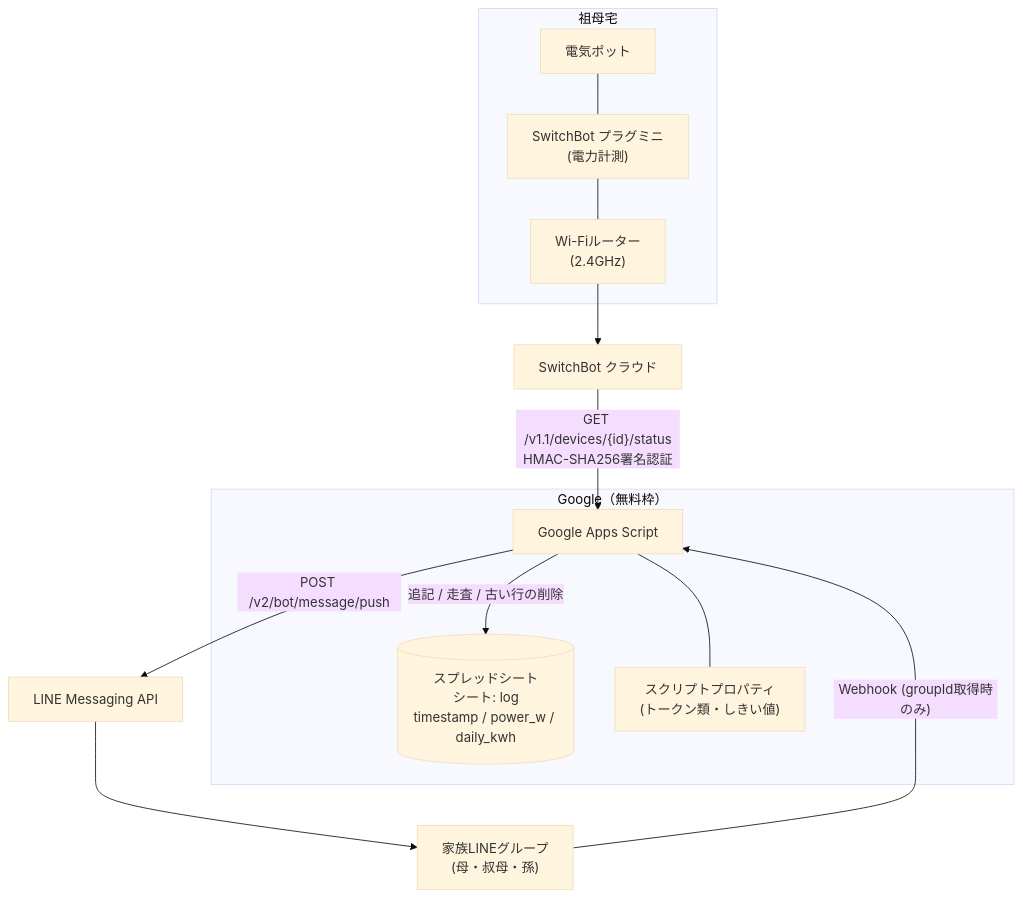
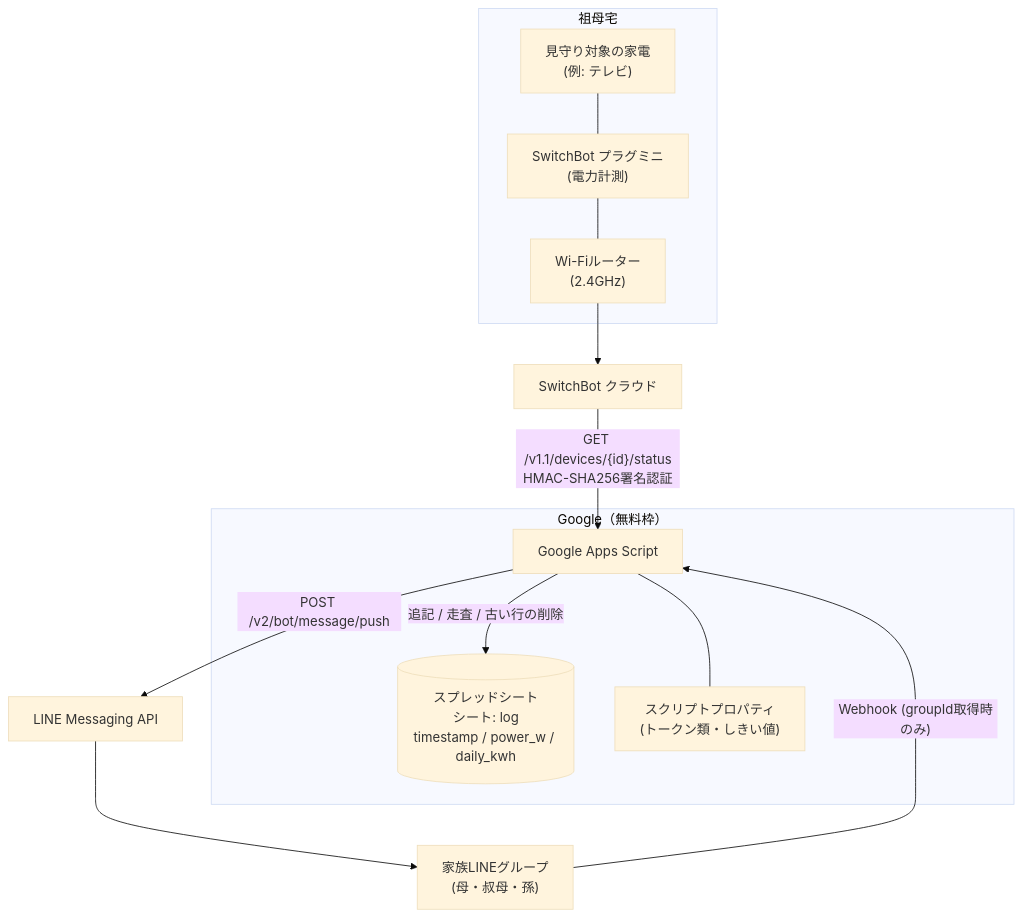
The first of 4 diagrams in docs/architecture.md (yomogi-cat/hamuiru), drawn with Mermaid (base theme) before and after one commit. The commit also changed other lines of this file and 5 other files, not shown here.

````diff
--- a/docs/architecture.md
+++ b/docs/architecture.md
@@ -5,22 +5,22 @@
 ```mermaid
 flowchart TD
     subgraph home["祖母宅"]
-        pot["電気ポット"] --- plug["SwitchBot プラグミニ<br>(電力計測)"]
+        pot["見守り対象の家電<br>(例: テレビ)"] --- plug["SwitchBot プラグミニ<br>(電力計測)"]
         plug --- router["Wi-Fiルーター<br>(2.4GHz)"]
     end
 
     router --> sbcloud["SwitchBot クラウド"]
 
     subgraph gcp["Google（無料枠）"]
         gas["Google Apps Script"]
         sheet[("スプレッドシート<br>シート: log<br>timestamp / power_w / daily_kwh")]
         props["スクリプトプロパティ<br>(トークン類・しきい値)"]
         gas --- props
         gas -- "追記 / 走査 / 古い行の削除" --> sheet
     end
 
     sbcloud -- "GET /v1.1/devices/{id}/status<br>HMAC-SHA256署名認証" --> gas
     gas -- "POST /v2/bot/message/push" --> line["LINE Messaging API"]
     line --> group["家族LINEグループ<br>(母・叔母・孫)"]
     group -- "Webhook (groupId取得時のみ)" --> gas
 ```
````
